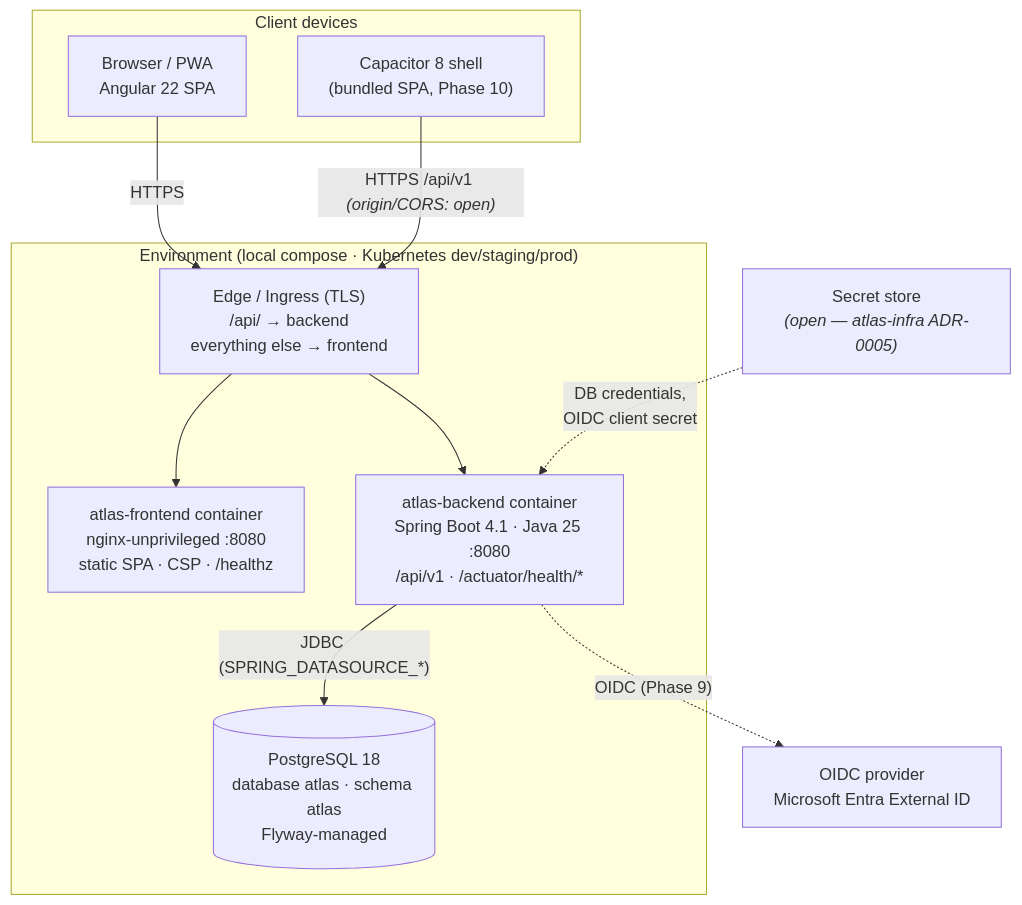
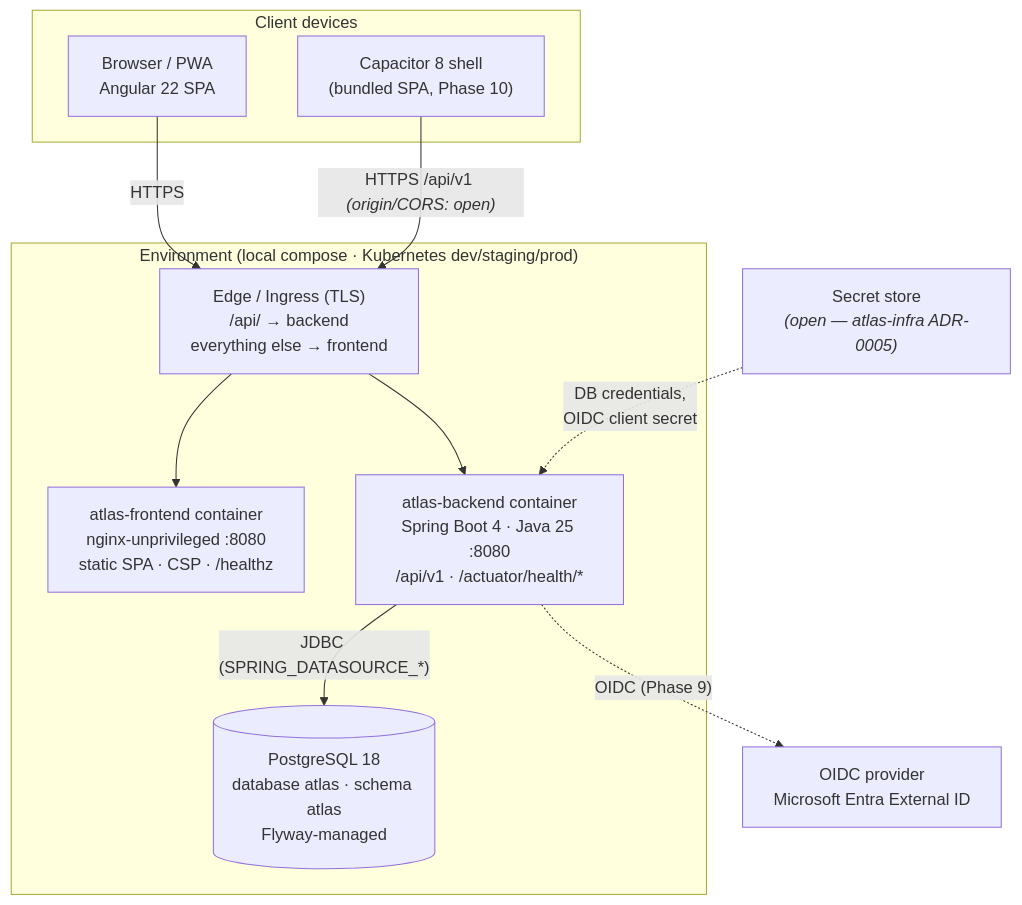
Before and after one commit to hsnrzv/atlas: the second of 3 diagrams in docs/architecture/CONTEXT.md, drawn with Mermaid. The commit also changed other lines of this file and 4 other files, not shown here.

First line of the commit message:
docs: keep backend details in atlas-microservices only

````diff
--- a/docs/architecture/CONTEXT.md
+++ b/docs/architecture/CONTEXT.md
@@ -54,25 +54,25 @@
 ```mermaid
 flowchart TB
   subgraph client["Client devices"]
     browser["Browser / PWA<br/>Angular 22 SPA"]
     capapp["Capacitor 8 shell<br/>(bundled SPA, Phase 10)"]
   end
 
   subgraph env["Environment (local compose · Kubernetes dev/staging/prod)"]
     edge["Edge / Ingress (TLS)<br/>/api/ → backend<br/>everything else → frontend"]
     fe["atlas-frontend container<br/>nginx-unprivileged :8080<br/>static SPA · CSP · /healthz"]
-    be["atlas-backend container<br/>Spring Boot 4.1 · Java 25 :8080<br/>/api/v1 · /actuator/health/*"]
+    be["atlas-backend container<br/>Spring Boot 4 · Java 25 :8080<br/>/api/v1 · /actuator/health/*"]
     db[("PostgreSQL 18<br/>database atlas · schema atlas<br/>Flyway-managed")]
   end
 
   secrets["Secret store<br/><i>(open — atlas-infra ADR-0005)</i>"]
   idp["OIDC provider<br/>Microsoft Entra External ID"]
 
   browser -- "HTTPS" --> edge
   capapp -- "HTTPS /api/v1 <i>(origin/CORS: open)</i>" --> edge
   edge --> fe
   edge --> be
   be -- "JDBC (SPRING_DATASOURCE_*)" --> db
   be -. "OIDC (Phase 9)" .-> idp
   secrets -. "DB credentials,<br/>OIDC client secret" .-> be
 ```
````
